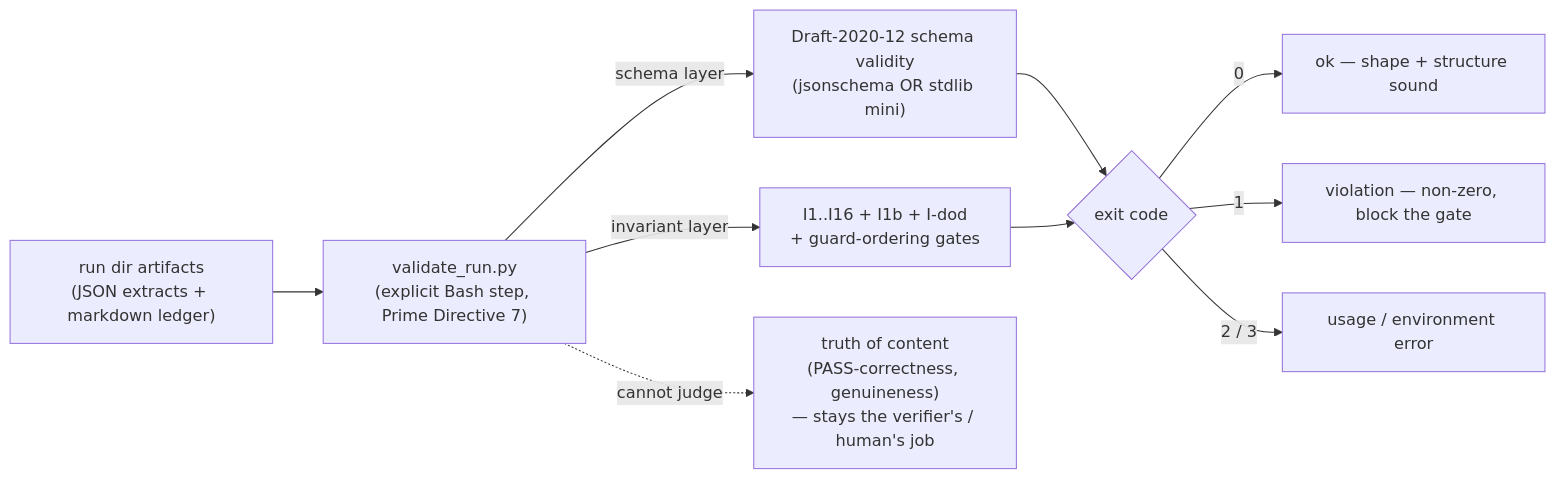
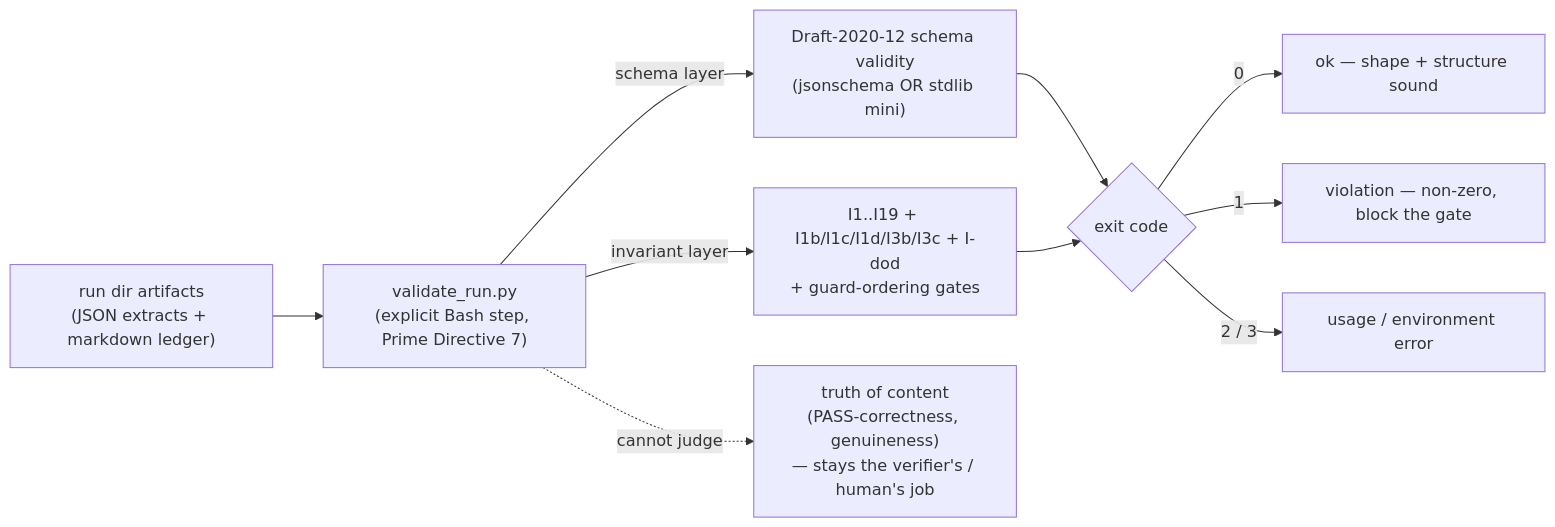
The diagram in wiki/14-validator-and-invariants.md (wtp128pro/dag), drawn with Mermaid before and after one commit. The commit also changed other lines of this file and 10 other files, not shown here.

````diff
--- a/wiki/14-validator-and-invariants.md
+++ b/wiki/14-validator-and-invariants.md
@@ -59,12 +60,12 @@
 ```mermaid
 flowchart LR
   ART["run dir artifacts<br/>(JSON extracts + markdown ledger)"] --> V["validate_run.py<br/>(explicit Bash step, Prime Directive 7)"]
   V -->|"schema layer"| S["Draft-2020-12 schema validity<br/>(jsonschema OR stdlib mini)"]
-  V -->|"invariant layer"| I["I1..I16 + I1b + I-dod<br/>+ guard-ordering gates"]
+  V -->|"invariant layer"| I["I1..I19 + I1b/I1c/I1d/I3b/I3c + I-dod<br/>+ guard-ordering gates"]
   S --> EX{"exit code"}
   I --> EX
   EX -->|0| OK["ok — shape + structure sound"]
   EX -->|"1"| BAD["violation — non-zero, block the gate"]
   EX -->|"2 / 3"| ENV["usage / environment error"]
   V -. "cannot judge" .-> TRUTH["truth of content<br/>(PASS-correctness, genuineness)<br/>— stays the verifier's / human's job"]
 ```
````
